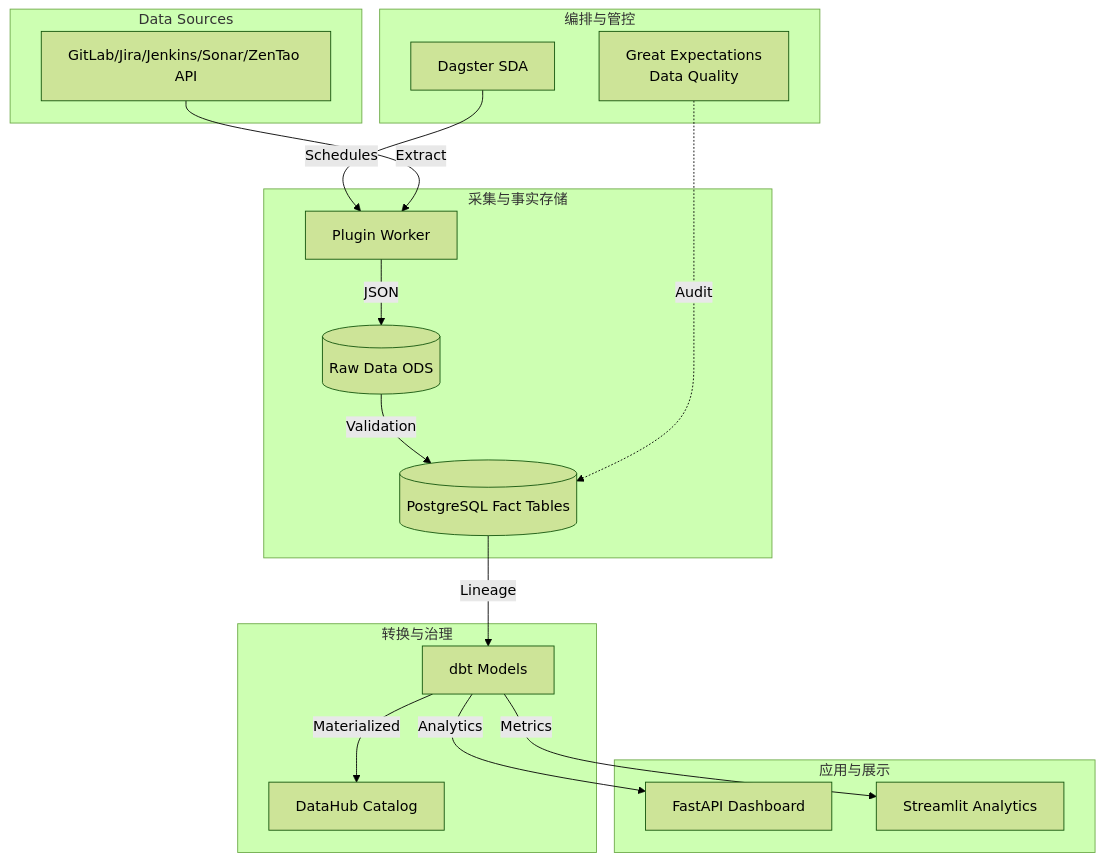
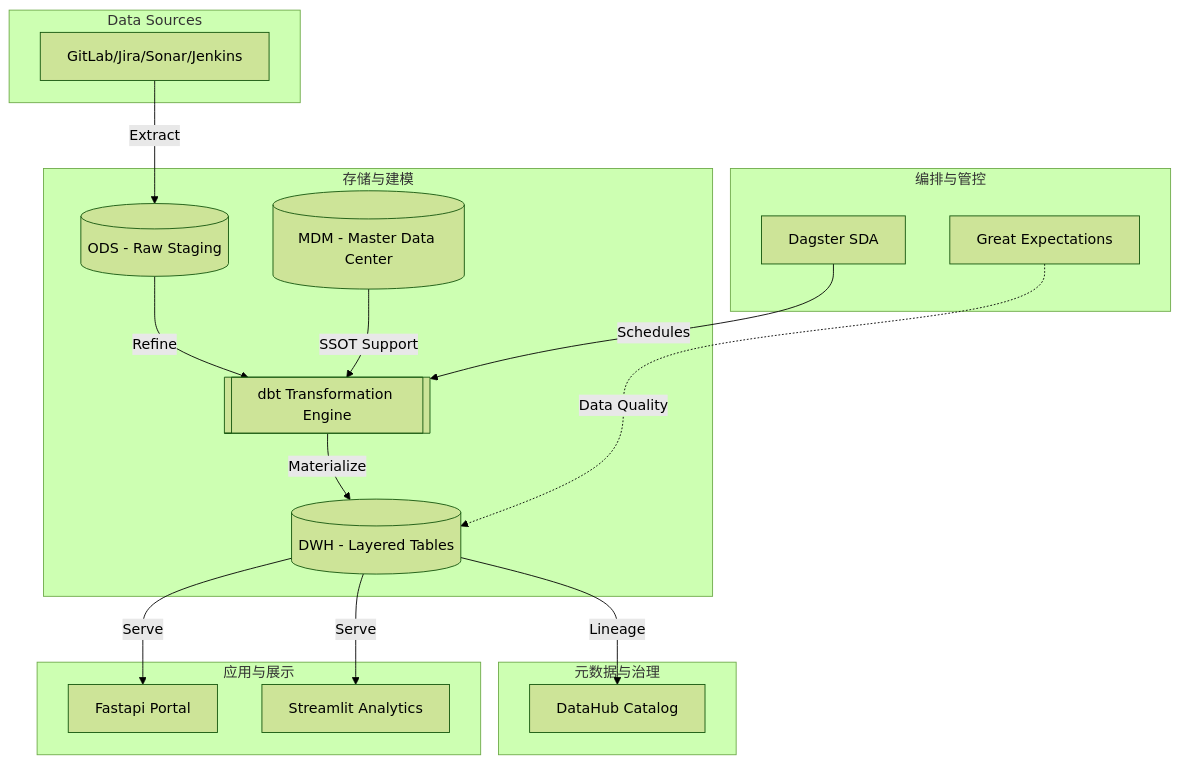
One commit to netxs2000/devops changed the diagram in docs/architecture/ARCHITECTURE.md. Above: the diagram before and after it, drawn with Mermaid (forest theme). The commit also changed other lines of this file and 62 other files, not shown here.

````diff
--- a/docs/architecture/ARCHITECTURE.md
+++ b/docs/architecture/ARCHITECTURE.md
@@ -23,37 +22,37 @@
 ```mermaid
 graph TD
     subgraph Orchestration [编排与管控]
         DS[Dagster SDA]
-        GE[Great Expectations<br>Data Quality]
+        GE[Great Expectations]
     end
 
     subgraph Data Sources
-        API[GitLab/Jira/Jenkins/Sonar/ZenTao API]
+        API[GitLab/Jira/Sonar/Jenkins]
     end
 
-    subgraph Collection & Storage [采集与事实存储]
-        PW[Plugin Worker]
-        STG[(Raw Data ODS)]
-        DB[(PostgreSQL Fact Tables)]
+    subgraph Processing [存储与建模]
+        ODS[(ODS - Raw Staging)]
+        MDM[(MDM - Master Data Center)]
+        DBT[[dbt Transformation Engine]]
+        DWH[(DWH - Layered Tables)]
     end
 
-    subgraph Transformation & Governance [转换与治理]
-        DBT[dbt Models]
+    subgraph Governance [元数据与治理]
         DH[DataHub Catalog]
     end
 
     subgraph Presentation [应用与展示]
-        PORTAL[FastAPI Dashboard]
+        PORTAL[Fastapi Portal]
         BI[Streamlit Analytics]
     end
 
-    DS -->|Schedules| PW
-    API -->|Extract| PW
-    PW -->|JSON| STG
-    STG -->|Validation| DB
-    DB -->|Lineage| DBT
-    DBT -->|Materialized| DH
-    GE -.->|Audit| DB
-    DBT -->|Analytics| PORTAL
-    DBT -->|Metrics| BI
+    API -->|Extract| ODS
+    ODS -->|Refine| DBT
+    MDM -->|SSOT Support| DBT
+    DS -->|Schedules| DBT
+    DBT -->|Materialize| DWH
+    DWH -->|Lineage| DH
+    GE -.->|Data Quality| DWH
+    DWH -->|Serve| PORTAL
+    DWH -->|Serve| BI
 ```
````
